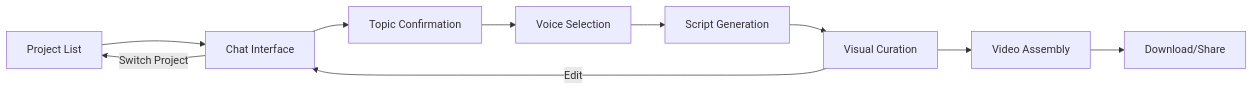
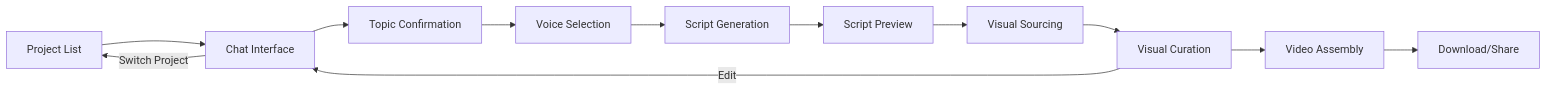
The first of 2 diagrams in docs/ux-design-specification.md (AIfriendly/AIvideogen), drawn with Mermaid before and after one commit. The commit also changed other lines of this file and 361 other files, not shown here.

````diff
--- a/docs/ux-design-specification.md
+++ b/docs/ux-design-specification.md
@@ -197,13 +646,15 @@
 ```mermaid
 graph LR
     A[Project List] --> B[Chat Interface]
     B --> C[Topic Confirmation]
     C --> D[Voice Selection]
     D --> E[Script Generation]
-    E --> F[Visual Curation]
-    F --> G[Video Assembly]
-    G --> H[Download/Share]
+    E --> F[Script Preview]
+    F --> G[Visual Sourcing]
+    G --> H[Visual Curation]
+    H --> I[Video Assembly]
+    I --> J[Download/Share]
 
     B -->|Switch Project| A
-    F -->|Edit| B
+    H -->|Edit| B
 ```
````
